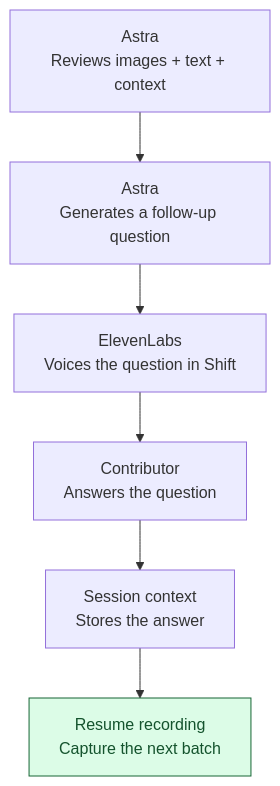
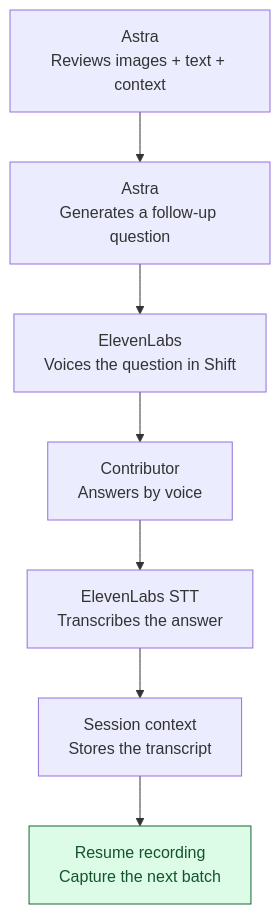
Before and after one commit to lukaschudy/ai-physical-hack: the second of 3 diagrams in README.md, drawn with Mermaid. The commit also changed other lines of this file, not shown here.

Commit message:
Add speech-to-text step and session verdict

````diff
--- a/README.md
+++ b/README.md
@@ -31,11 +35,12 @@
 ```mermaid
 flowchart TD
     A["Astra<br/>Reviews images + text + context"] --> B["Astra<br/>Generates a follow-up question"]
     B --> C["ElevenLabs<br/>Voices the question in Shift"]
-    C --> D["Contributor<br/>Answers the question"]
-    D --> E["Session context<br/>Stores the answer"]
+    C --> D["Contributor<br/>Answers by voice"]
+    D --> S["ElevenLabs STT<br/>Transcribes the answer"]
+    S --> E["Session context<br/>Stores the transcript"]
     E --> F["Resume recording<br/>Capture the next batch"]
 
     classDef resume fill:#dcfce7,stroke:#166534,color:#14532d;
     class F resume;
 ```
````
